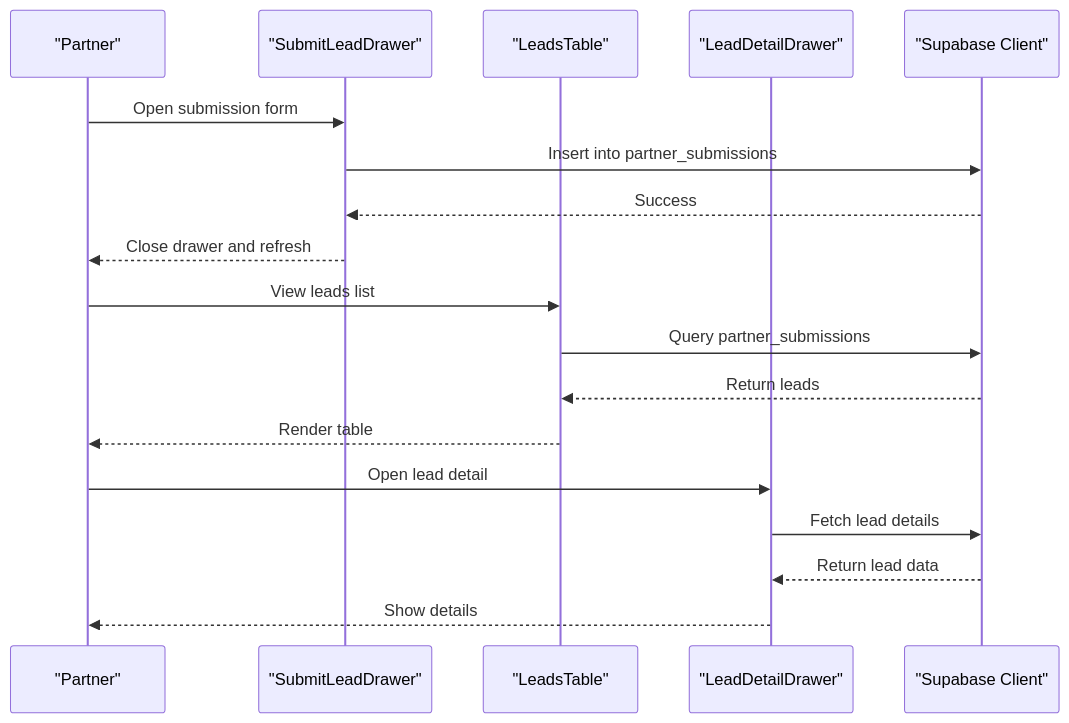
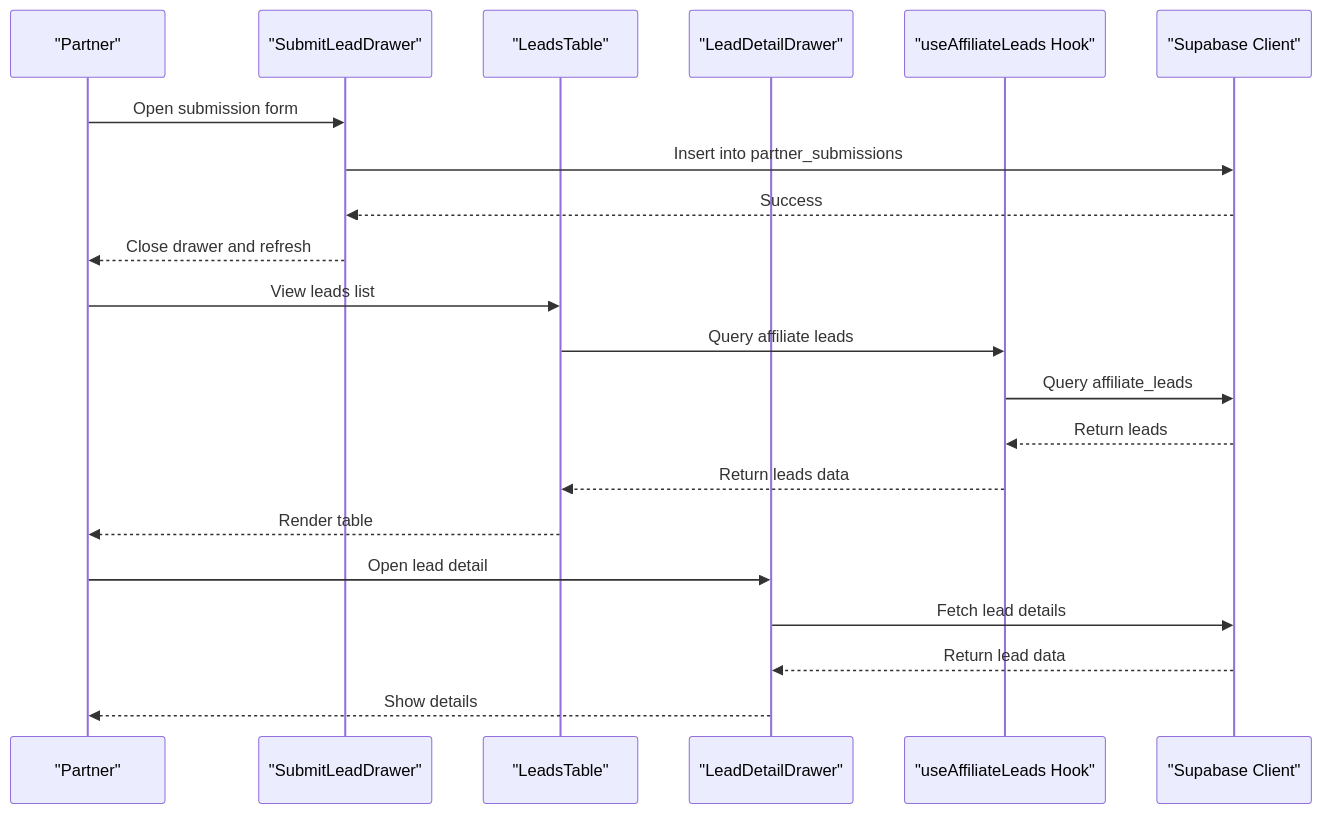
Before and after one commit to Hawky1/ryland: the fifth of 6 diagrams in .qoder/repowiki/en/content/Partner Portal System.md, drawn with Mermaid. The commit also changed other lines of this file and 5 other files, not shown here.

````diff
--- a/.qoder/repowiki/en/content/Partner Portal System.md
+++ b/.qoder/repowiki/en/content/Partner Portal System.md
@@ -295,20 +394,23 @@
 ```mermaid
 sequenceDiagram
 participant P as "Partner"
 participant SL as "SubmitLeadDrawer"
 participant LT as "LeadsTable"
 participant DD as "LeadDetailDrawer"
+participant UL as "useAffiliateLeads Hook"
 participant SC as "Supabase Client"
 P->>SL : Open submission form
 SL->>SC : Insert into partner_submissions
 SC-->>SL : Success
 SL-->>P : Close drawer and refresh
 P->>LT : View leads list
-LT->>SC : Query partner_submissions
-SC-->>LT : Return leads
+LT->>UL : Query affiliate leads
+UL->>SC : Query affiliate_leads
+SC-->>UL : Return leads
+UL-->>LT : Return leads data
 LT-->>P : Render table
 P->>DD : Open lead detail
 DD->>SC : Fetch lead details
 SC-->>DD : Return lead data
 DD-->>P : Show details
 ```
````
